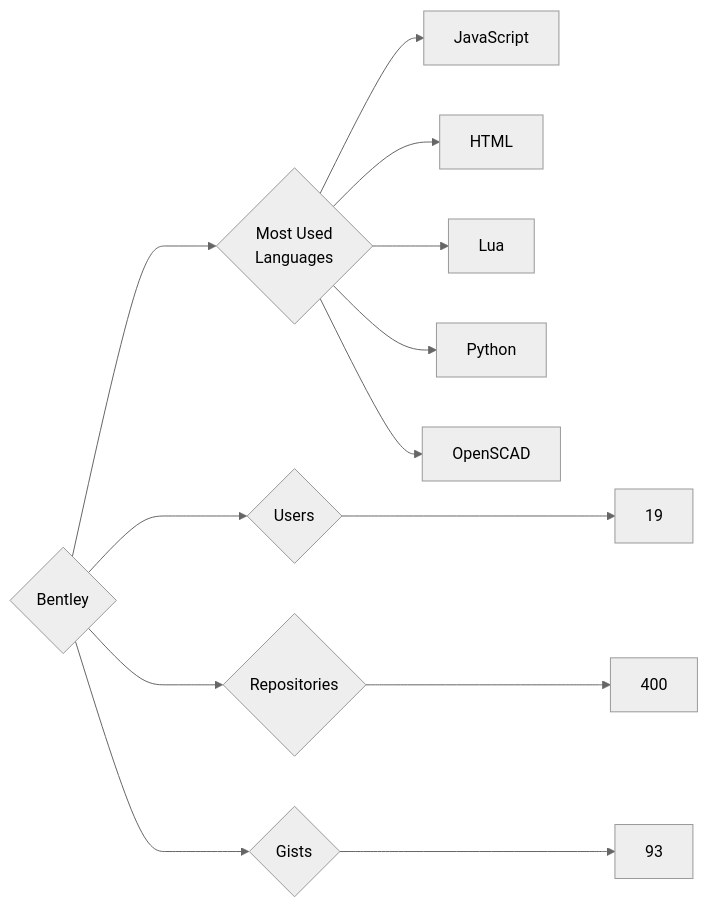
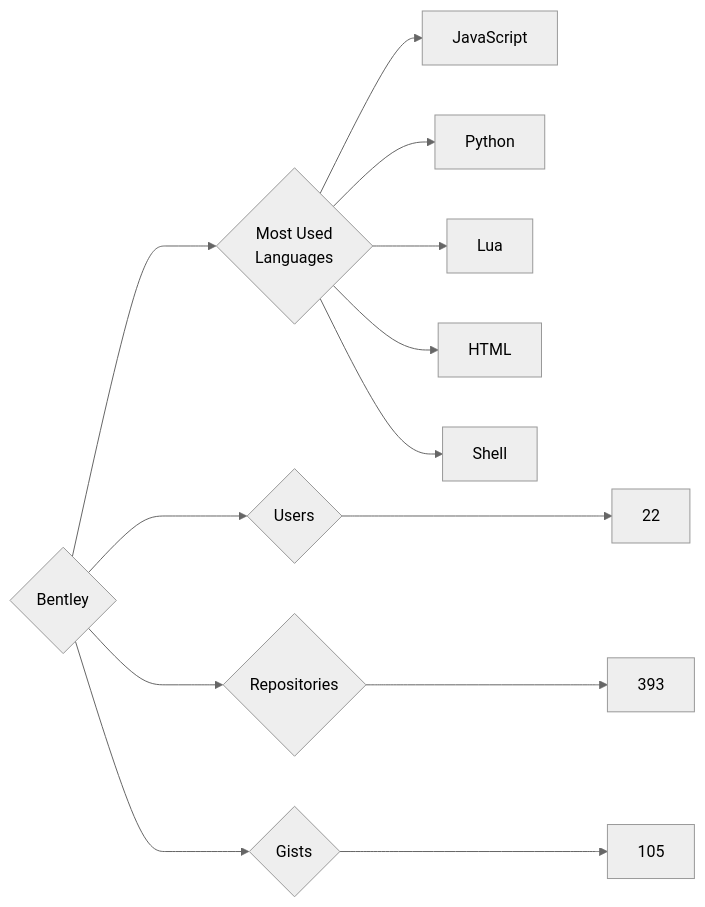
The diagram in targets/Bentley/README.md (trickest/insiders), drawn with Mermaid (neutral theme) before and after one commit. The commit also changed 861 other files, not shown here.

````diff
--- a/targets/Bentley/README.md
+++ b/targets/Bentley/README.md
@@ -3,13 +3,13 @@
 ```mermaid
 graph LR
 COMPANY_NAME{Bentley}
-COMPANY_NAME ---> U{Users} ---> UN[19]
-COMPANY_NAME ---> R{Repositories} ---> RN[400]
-COMPANY_NAME ---> G{Gists} ---> GN[93]
+COMPANY_NAME ---> U{Users} ---> UN[22]
+COMPANY_NAME ---> R{Repositories} ---> RN[393]
+COMPANY_NAME ---> G{Gists} ---> GN[105]
 COMPANY_NAME ---> ML{Most Used<br>Languages}
 ML --> JavaScript[JavaScript]
+ML --> Python[Python]
+ML --> Lua[Lua]
 ML --> HTML[HTML]
-ML --> Lua[Lua]
-ML --> Python[Python]
-ML --> OpenSCAD[OpenSCAD]
+ML --> Shell[Shell]
 ```
````
